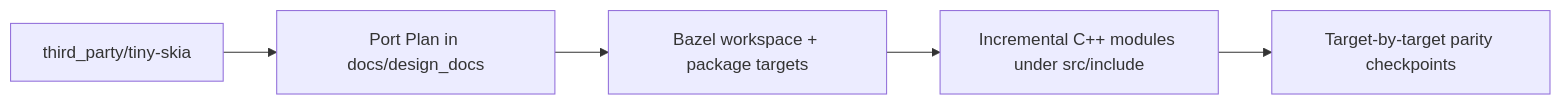
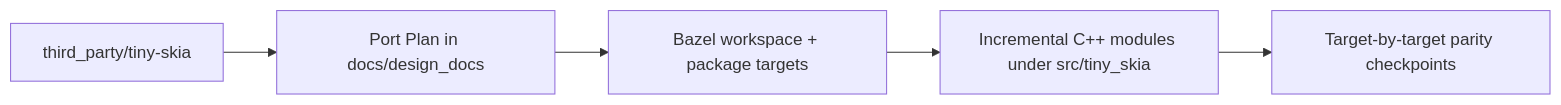
One commit to jwmcglynn/tiny-skia-cpp changed the diagram in docs/design_docs/tiny-skia_cpp_bootstrap.md. Above: the diagram before and after it, drawn with Mermaid. The commit also changed other lines of this file and 6 other files, not shown here.

````diff
--- a/docs/design_docs/tiny-skia_cpp_bootstrap.md
+++ b/docs/design_docs/tiny-skia_cpp_bootstrap.md
@@ -57,7 +95,7 @@
 ```mermaid
 flowchart LR
     A[third_party/tiny-skia] --> B[Port Plan in docs/design_docs]
     B --> C[Bazel workspace + package targets]
-    C --> D[Incremental C++ modules under src/include]
+    C --> D[Incremental C++ modules under src/tiny_skia]
     D --> E[Target-by-target parity checkpoints]
 ```
````
